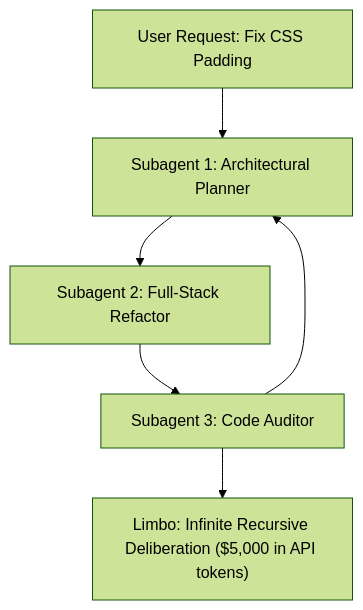
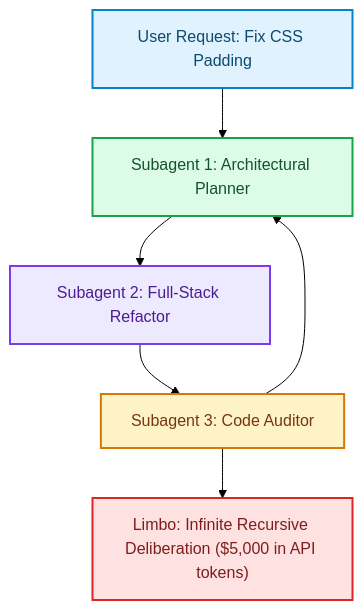
The first of 2 diagrams in blog/posts/cinema-in-the-age-of-ai-8-films-decoding-modern-ai-architecture.md (akmalkhaniub/akmalkhaniub.github.io), drawn with Mermaid (forest theme) before and after one commit. The commit also changed other lines of this file and 1291 other files, not shown here.

First line of the commit message:
feat(catalog): unique covers, scholarly references, and diagram palettes

````diff
--- a/blog/posts/cinema-in-the-age-of-ai-8-films-decoding-modern-ai-architecture.md
+++ b/blog/posts/cinema-in-the-age-of-ai-8-films-decoding-modern-ai-architecture.md
@@ -27,8 +27,19 @@
 ```mermaid
 flowchart TD
   Parent["User Request: Fix CSS Padding"] --> Planner["Subagent 1: Architectural Planner"]
   Planner --> Coder["Subagent 2: Full-Stack Refactor"]
   Coder --> Critic["Subagent 3: Code Auditor"]
   Critic --> Planner
   Critic --> Limbo["Limbo: Infinite Recursive Deliberation ($5,000 in API tokens)"]
+
+classDef green fill:#dcfce7,stroke:#16a34a,stroke-width:2px,color:#14532d;
+classDef red fill:#fee2e2,stroke:#dc2626,stroke-width:2px,color:#7f1d1d;
+classDef blue fill:#e0f2fe,stroke:#0284c7,stroke-width:2px,color:#0c4a6e;
+classDef yellow fill:#fef3c7,stroke:#d97706,stroke-width:2px,color:#78350f;
+classDef purple fill:#ede9fe,stroke:#7c3aed,stroke-width:2px,color:#4c1d95;
+class Parent blue
+class Planner green
+class Coder purple
+class Critic yellow
+class Limbo red
 ```
````
